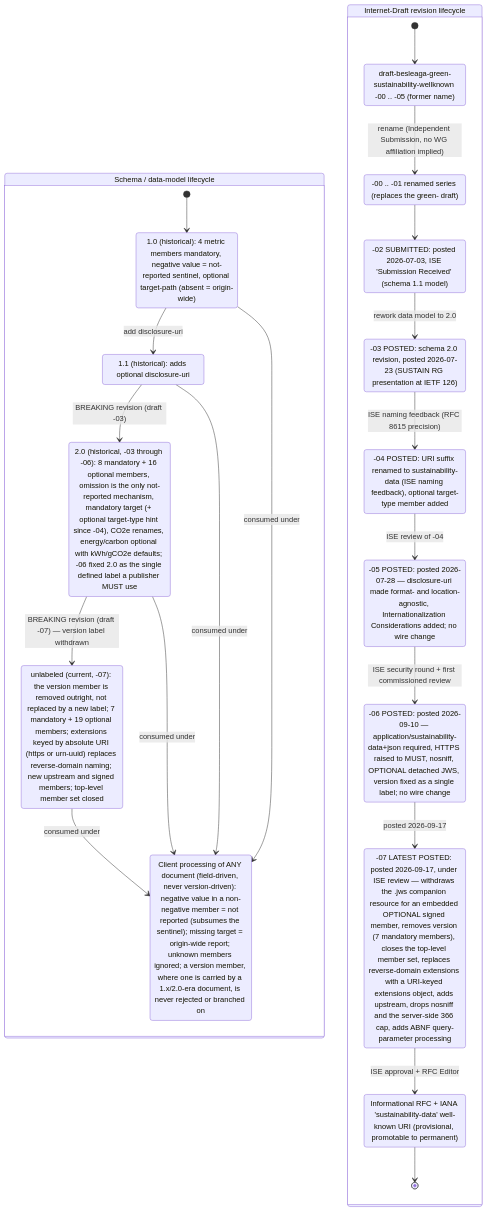
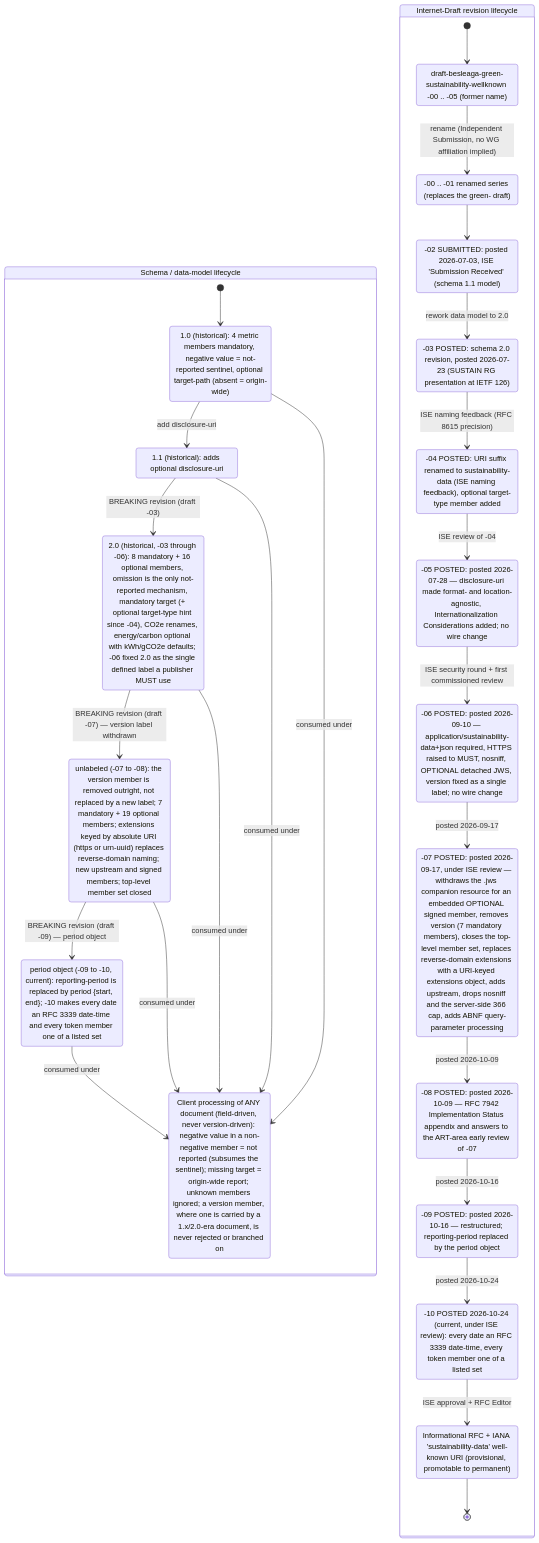
One commit to andreibesleaga/rfc-sustainability-wellknown changed the diagram in architecture/diagrams/version-state.mmd. Above: the diagram before and after it, drawn with Mermaid. The commit also changed 146 other files, not shown here.

```diff
--- a/architecture/diagrams/version-state.mmd
+++ b/architecture/diagrams/version-state.mmd
@@ -1,40 +1,49 @@
 stateDiagram-v2
     state "Schema / data-model lifecycle" as SCHEMA {
         state "1.0 (historical): 4 metric members mandatory, negative value = not-reported sentinel, optional target-path (absent = origin-wide)" as V10
         state "1.1 (historical): adds optional disclosure-uri" as V11
         state "2.0 (historical, -03 through -06): 8 mandatory + 16 optional members, omission is the only not-reported mechanism, mandatory target (+ optional target-type hint since -04), CO2e renames, energy/carbon optional with kWh/gCO2e defaults; -06 fixed 2.0 as the single defined label a publisher MUST use" as V20
-        state "unlabeled (current, -07): the version member is removed outright, not replaced by a new label; 7 mandatory + 19 optional members; extensions keyed by absolute URI (https or urn-uuid) replaces reverse-domain naming; new upstream and signed members; top-level member set closed" as V07
+        state "unlabeled (-07 to -08): the version member is removed outright, not replaced by a new label; 7 mandatory + 19 optional members; extensions keyed by absolute URI (https or urn-uuid) replaces reverse-domain naming; new upstream and signed members; top-level member set closed" as V07
+        state "period object (-09 to -10, current): reporting-period is replaced by period {start, end}; -10 makes every date an RFC 3339 date-time and every token member one of a listed set" as V10P
         state "Client processing of ANY document (field-driven, never version-driven): negative value in a non-negative member = not reported (subsumes the sentinel); missing target = origin-wide report; unknown members ignored; a version member, where one is carried by a 1.x/2.0-era document, is never rejected or branched on" as COMPAT
 
         [*] --> V10
         V10 --> V11 : add disclosure-uri
         V11 --> V20 : BREAKING revision (draft -03)
         V20 --> V07 : BREAKING revision (draft -07) — version label withdrawn
+        V07 --> V10P : BREAKING revision (draft -09) — period object
+        V10P --> COMPAT : consumed under
         V20 --> COMPAT : consumed under
         V11 --> COMPAT : consumed under
         V10 --> COMPAT : consumed under
         V07 --> COMPAT : consumed under
     }
 
     state "Internet-Draft revision lifecycle" as DRAFT {
         state "draft-besleaga-green-sustainability-wellknown -00 .. -05 (former name)" as GREEN
         state "-00 .. -01 renamed series (replaces the green- draft)" as EARLY
         state "-02 SUBMITTED: posted 2026-07-03, ISE 'Submission Received' (schema 1.1 model)" as SUBMITTED
         state "-03 POSTED: schema 2.0 revision, posted 2026-07-23 (SUSTAIN RG presentation at IETF 126)" as POSTED
         state "-04 POSTED: URI suffix renamed to sustainability-data (ISE naming feedback), optional target-type member added" as POSTED4
         state "-05 POSTED: posted 2026-07-28 — disclosure-uri made format- and location-agnostic, Internationalization Considerations added; no wire change" as POSTED5
         state "-06 POSTED: posted 2026-09-10 — application/sustainability-data+json required, HTTPS raised to MUST, nosniff, OPTIONAL detached JWS, version fixed as a single label; no wire change" as POSTED6
-        state "-07 LATEST POSTED: posted 2026-09-17, under ISE review — withdraws the .jws companion resource for an embedded OPTIONAL signed member, removes version (7 mandatory members), closes the top-level member set, replaces reverse-domain extensions with a URI-keyed extensions object, adds upstream, drops nosniff and the server-side 366 cap, adds ABNF query-parameter processing" as POSTED7
+        state "-07 POSTED: posted 2026-09-17, under ISE review — withdraws the .jws companion resource for an embedded OPTIONAL signed member, removes version (7 mandatory members), closes the top-level member set, replaces reverse-domain extensions with a URI-keyed extensions object, adds upstream, drops nosniff and the server-side 366 cap, adds ABNF query-parameter processing" as POSTED7
+        state "-08 POSTED: posted 2026-10-09 — RFC 7942 Implementation Status appendix and answers to the ART-area early review of -07" as POSTED8
+        state "-09 POSTED: posted 2026-10-16 — restructured; reporting-period replaced by the period object" as POSTED9
+        state "-10 POSTED 2026-10-24 (current, under ISE review): every date an RFC 3339 date-time, every token member one of a listed set" as POSTED10
         state "Informational RFC + IANA 'sustainability-data' well-known URI (provisional, promotable to permanent)" as RFC
 
         [*] --> GREEN
         GREEN --> EARLY : rename (Independent Submission, no WG affiliation implied)
         EARLY --> SUBMITTED
         SUBMITTED --> POSTED : rework data model to 2.0
         POSTED --> POSTED4 : ISE naming feedback (RFC 8615 precision)
         POSTED4 --> POSTED5 : ISE review of -04
         POSTED5 --> POSTED6 : ISE security round + first commissioned review
         POSTED6 --> POSTED7 : posted 2026-09-17
-        POSTED7 --> RFC : ISE approval + RFC Editor
+        POSTED7 --> POSTED8 : posted 2026-10-09
+        POSTED8 --> POSTED9 : posted 2026-10-16
+        POSTED9 --> POSTED10 : posted 2026-10-24
+        POSTED10 --> RFC : ISE approval + RFC Editor
         RFC --> [*]
     }
```
